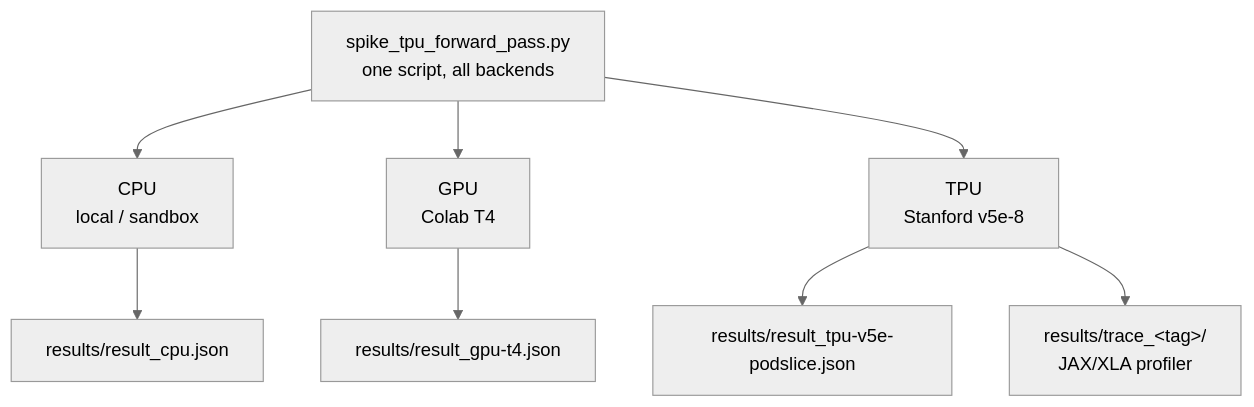
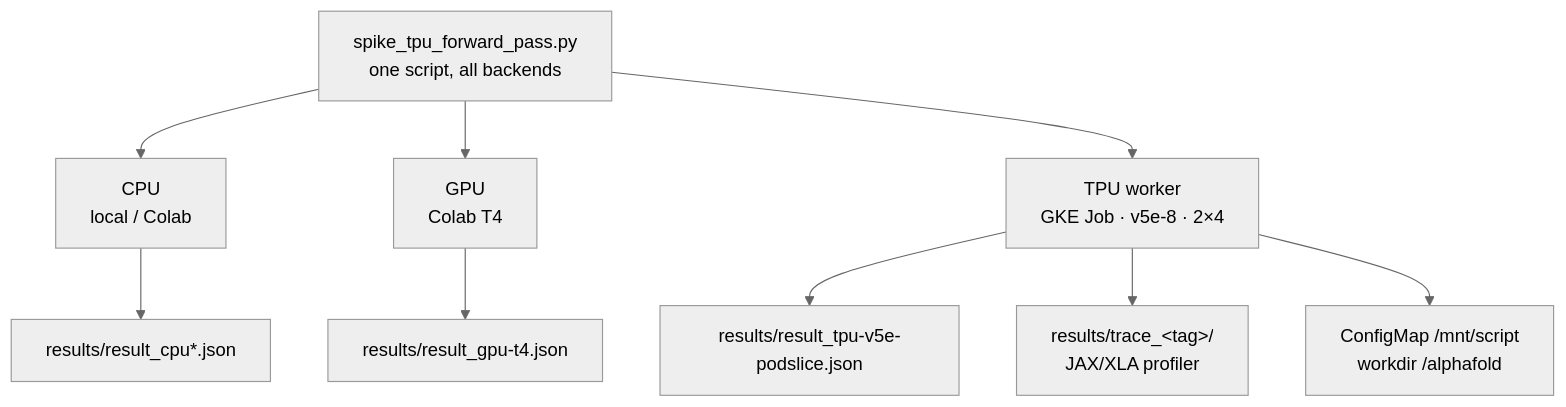
The diagram in README.md (lorenzopazienza/alphafold-tpu-benchmark), drawn with Mermaid (neutral theme) before and after one commit. The commit also changed other lines of this file and 28 other files, not shown here.

````diff
--- a/README.md
+++ b/README.md
@@ -26,10 +59,11 @@
 ```mermaid
 flowchart TD
-    A["spike_tpu_forward_pass.py<br/>one script, all backends"] --> B["CPU<br/>local / sandbox"]
+    A["spike_tpu_forward_pass.py<br/>one script, all backends"] --> B["CPU<br/>local / Colab"]
     A --> C["GPU<br/>Colab T4"]
-    A --> D["TPU<br/>Stanford v5e-8"]
-    B --> E["results/result_cpu.json"]
+    A --> D["TPU worker<br/>GKE Job · v5e-8 · 2×4"]
+    B --> E["results/result_cpu*.json"]
     C --> F["results/result_gpu-t4.json"]
     D --> G["results/result_tpu-v5e-podslice.json"]
     D --> H["results/trace_&lt;tag&gt;/<br/>JAX/XLA profiler"]
+    D --> I["ConfigMap /mnt/script<br/>workdir /alphafold"]
 ```
````
